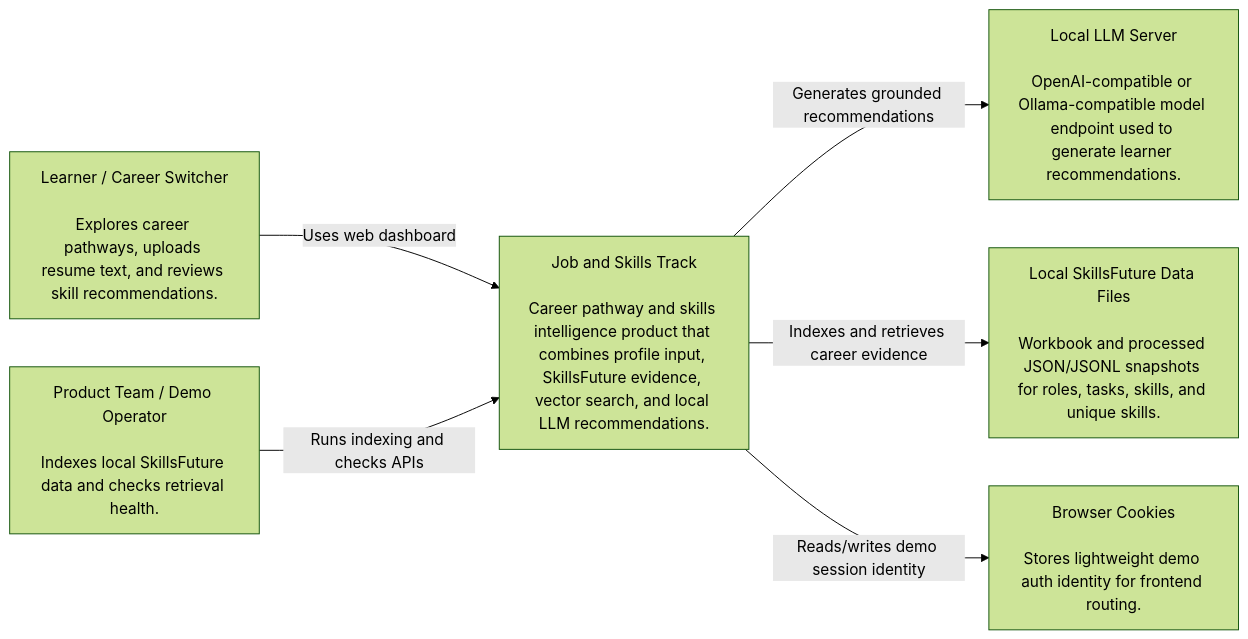
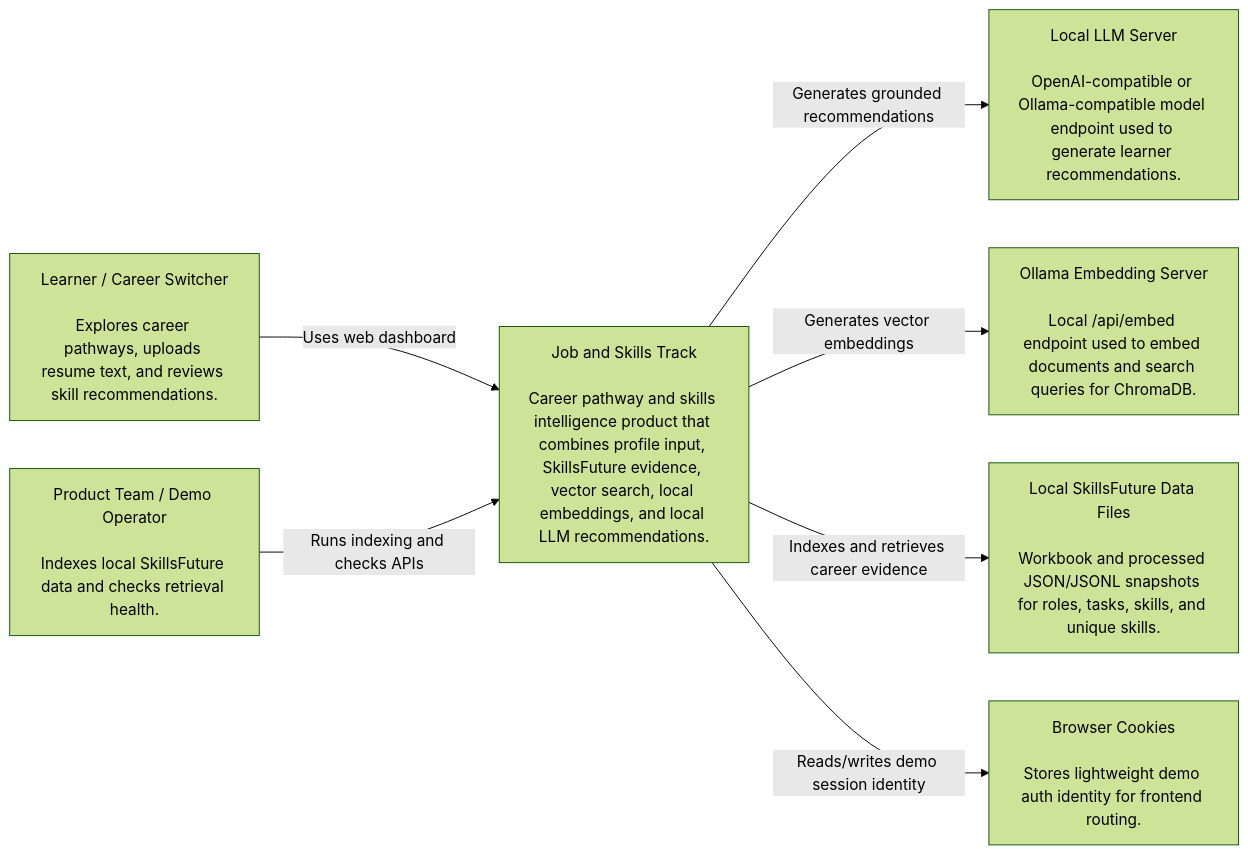
The first of 2 diagrams in pycon26/docs/architecture-c4.md (wstannnnn/pycon26-track1), drawn with Mermaid (forest theme) before and after one commit. The commit also changed other lines of this file and 11 other files, not shown here.

First line of the commit message:
feat: add configurable vector embeddings and update project docs

````diff
--- a/pycon26/docs/architecture-c4.md
+++ b/pycon26/docs/architecture-c4.md
@@ -7,17 +7,19 @@
 ```mermaid
 flowchart LR
     learner["Learner / Career Switcher<br/><br/>Explores career pathways, uploads resume text, and reviews skill recommendations."]
     admin["Product Team / Demo Operator<br/><br/>Indexes local SkillsFuture data and checks retrieval health."]
 
-    system["Job and Skills Track<br/><br/>Career pathway and skills intelligence product that combines profile input, SkillsFuture evidence, vector search, and local LLM recommendations."]
+    system["Job and Skills Track<br/><br/>Career pathway and skills intelligence product that combines profile input, SkillsFuture evidence, vector search, local embeddings, and local LLM recommendations."]
 
     local_llm["Local LLM Server<br/><br/>OpenAI-compatible or Ollama-compatible model endpoint used to generate learner recommendations."]
+    embedding_server["Ollama Embedding Server<br/><br/>Local /api/embed endpoint used to embed documents and search queries for ChromaDB."]
     skillsfuture["Local SkillsFuture Data Files<br/><br/>Workbook and processed JSON/JSONL snapshots for roles, tasks, skills, and unique skills."]
     browser_storage["Browser Cookies<br/><br/>Stores lightweight demo auth identity for frontend routing."]
 
     learner -->|"Uses web dashboard"| system
     admin -->|"Runs indexing and checks APIs"| system
     system -->|"Generates grounded recommendations"| local_llm
+    system -->|"Generates vector embeddings"| embedding_server
     system -->|"Indexes and retrieves career evidence"| skillsfuture
     system -->|"Reads/writes demo session identity"| browser_storage
 ```
````
